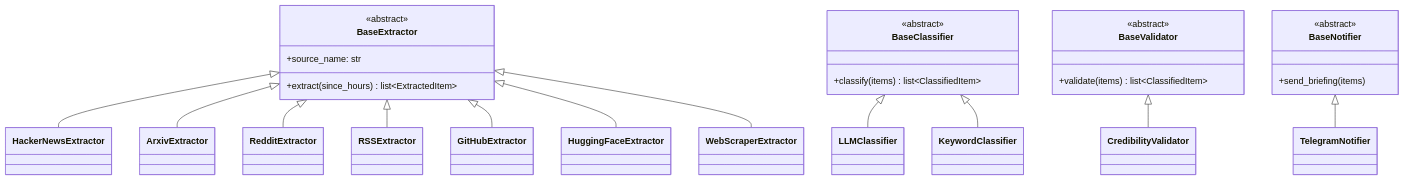
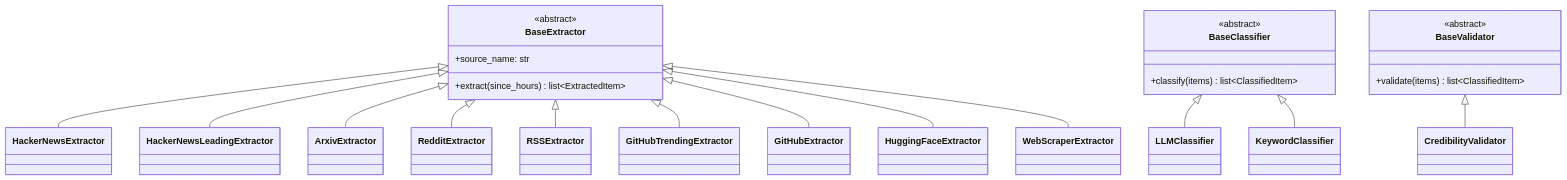
Before and after one commit to pguerrerolinares/ai-news-platform: the fourth of 8 diagrams in docs/architecture/overview.md, drawn with Mermaid. The commit also changed other lines of this file and 6 other files, not shown here.

````diff
--- a/docs/architecture/overview.md
+++ b/docs/architecture/overview.md
@@ -183,35 +187,31 @@
 ```mermaid
 classDiagram
     class BaseExtractor {
         <<abstract>>
         +source_name: str
         +extract(since_hours) list~ExtractedItem~
     }
     class BaseClassifier {
         <<abstract>>
         +classify(items) list~ClassifiedItem~
     }
     class BaseValidator {
         <<abstract>>
         +validate(items) list~ClassifiedItem~
     }
-    class BaseNotifier {
-        <<abstract>>
-        +send_briefing(items)
-    }
 
     BaseExtractor <|-- HackerNewsExtractor
+    BaseExtractor <|-- HackerNewsLeadingExtractor
     BaseExtractor <|-- ArxivExtractor
     BaseExtractor <|-- RedditExtractor
     BaseExtractor <|-- RSSExtractor
+    BaseExtractor <|-- GitHubTrendingExtractor
     BaseExtractor <|-- GitHubExtractor
     BaseExtractor <|-- HuggingFaceExtractor
     BaseExtractor <|-- WebScraperExtractor
 
     BaseClassifier <|-- LLMClassifier
     BaseClassifier <|-- KeywordClassifier
 
     BaseValidator <|-- CredibilityValidator
-
-    BaseNotifier <|-- TelegramNotifier
 ```
````
